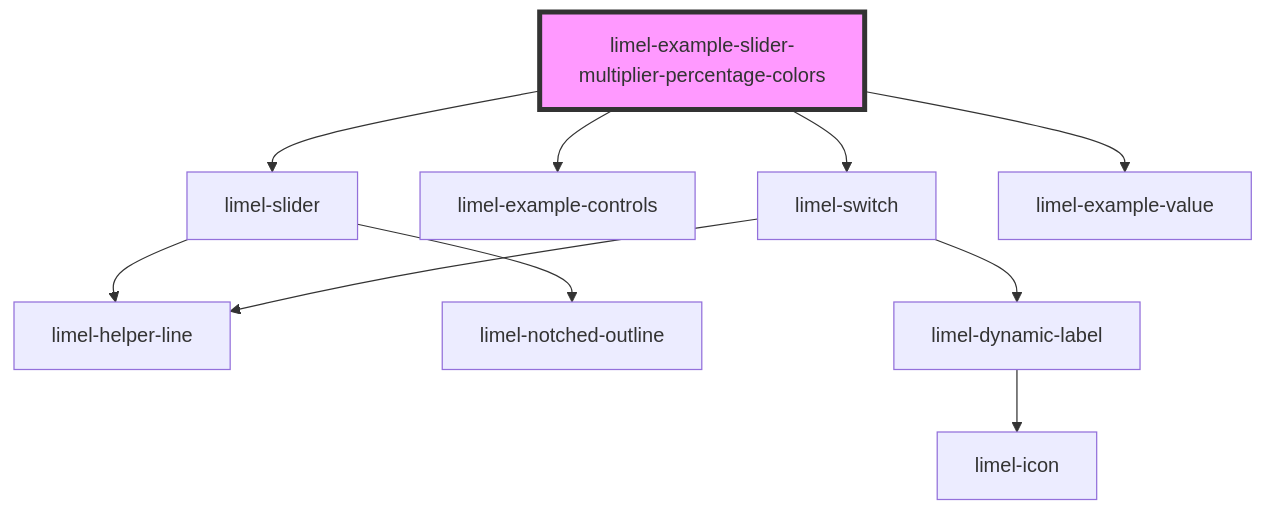
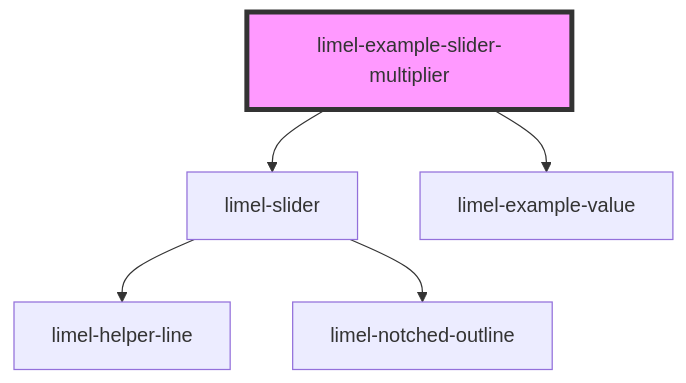
Before and after one commit to Lundalogik/lime-elements: the diagram in versions/PR-3964/markdown-docs/components/slider/examples/readme.md, drawn with Mermaid. The commit also changed other lines of this file and 3 other files, not shown here.

````diff
--- a/versions/PR-3964/markdown-docs/components/slider/examples/readme.md
+++ b/versions/PR-3964/markdown-docs/components/slider/examples/readme.md
@@ -25,13 +22,8 @@
 ```mermaid
 graph TD;
-  limel-example-slider-multiplier-percentage-colors --> limel-slider
-  limel-example-slider-multiplier-percentage-colors --> limel-example-controls
-  limel-example-slider-multiplier-percentage-colors --> limel-switch
-  limel-example-slider-multiplier-percentage-colors --> limel-example-value
+  limel-example-slider-multiplier --> limel-slider
+  limel-example-slider-multiplier --> limel-example-value
   limel-slider --> limel-helper-line
   limel-slider --> limel-notched-outline
-  limel-switch --> limel-helper-line
-  limel-switch --> limel-dynamic-label
-  limel-dynamic-label --> limel-icon
-  style limel-example-slider-multiplier-percentage-colors fill:#f9f,stroke:#333,stroke-width:4px
+  style limel-example-slider-multiplier fill:#f9f,stroke:#333,stroke-width:4px
 ```
````
